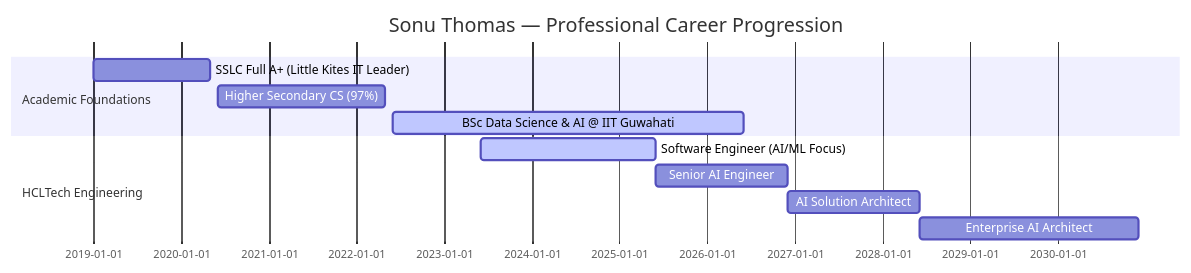
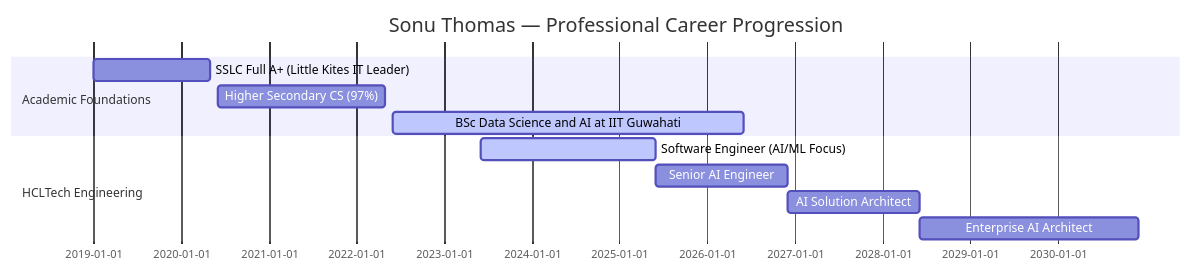
One commit to Sonu-Thomas-001/Sonu-Thomas-001 changed the fourth of 4 diagrams in README.md. Above: the diagram before and after it, drawn with Mermaid. The commit also changed other lines of this file, not shown here.

Commit message:
fix(mermaid): resolve syntax errors in enterprise architecture diagram for GitHub rendering

````diff
--- a/README.md
+++ b/README.md
@@ -308,14 +312,14 @@
 ```mermaid
 gantt
     title Sonu Thomas — Professional Career Progression
     dateFormat  YYYY-MM
     section Academic Foundations
     SSLC Full A+ (Little Kites IT Leader) :2019-01, 2020-05
     Higher Secondary CS (97%)          :2020-06, 2022-05
-    BSc Data Science & AI @ IIT Guwahati:active, 2022-06, 2026-06
+    BSc Data Science and AI at IIT Guwahati :active, 2022-06, 2026-06
     section HCLTech Engineering
     Software Engineer (AI/ML Focus)    :active, 2023-06, 2025-06
     Senior AI Engineer                 :2025-06, 2026-12
     AI Solution Architect              :2026-12, 2028-06
     Enterprise AI Architect            :2028-06, 2030-12
 ```
````
